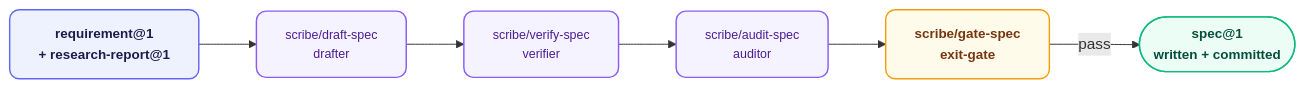
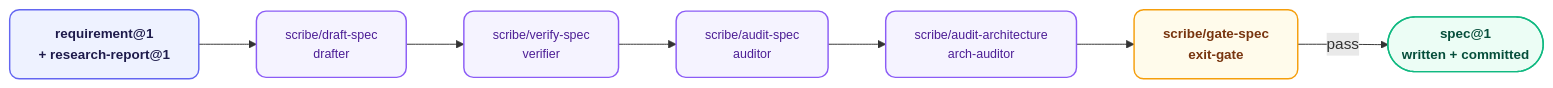
One commit to orin-dx/agent-plugins changed the diagram in plugins/scribe/README.md. Above: the diagram before and after it, drawn with Mermaid. The commit also changed other lines of this file and 24 other files, not shown here.

````diff
--- a/plugins/scribe/README.md
+++ b/plugins/scribe/README.md
@@ -76,25 +80,27 @@
 ```mermaid
 %%{init: {'flowchart': {'curve': 'basis', 'nodeSpacing': 40, 'rankSpacing': 60}}}%%
 flowchart LR
     classDef source fill:#eef2ff,stroke:#6366f1,stroke-width:1.5px,color:#1e1b4b,rx:10,ry:10,font-size:14px,font-weight:600;
     classDef engine fill:#f5f3ff,stroke:#8b5cf6,stroke-width:1.5px,color:#4c1d95,rx:10,ry:10,font-size:13px,font-weight:500;
     classDef router fill:#fffbeb,stroke:#f59e0b,stroke-width:1.5px,color:#78350f,rx:10,ry:10,font-size:14px,font-weight:600;
     classDef output fill:#ecfdf5,stroke:#10b981,stroke-width:1.5px,color:#064e3b,rx:10,ry:10,font-size:14px,font-weight:600;
 
     Req["requirement@1
     + research-report@1"] --> Draft["scribe/draft-spec
     drafter"]
     Draft --> Verify["scribe/verify-spec
     verifier"]
     Verify --> Audit["scribe/audit-spec
     auditor"]
-    Audit --> Gate["scribe/gate-spec
+    Audit --> ArchAudit["scribe/audit-architecture
+    arch-auditor"]
+    ArchAudit --> Gate["scribe/gate-spec
     exit-gate"]
     Gate -->|pass| Spec(["spec@1
     written + committed"])
 
     class Req source
-    class Draft,Verify,Audit engine
+    class Draft,Verify,Audit,ArchAudit engine
     class Gate router
     class Spec output
 ```
````
